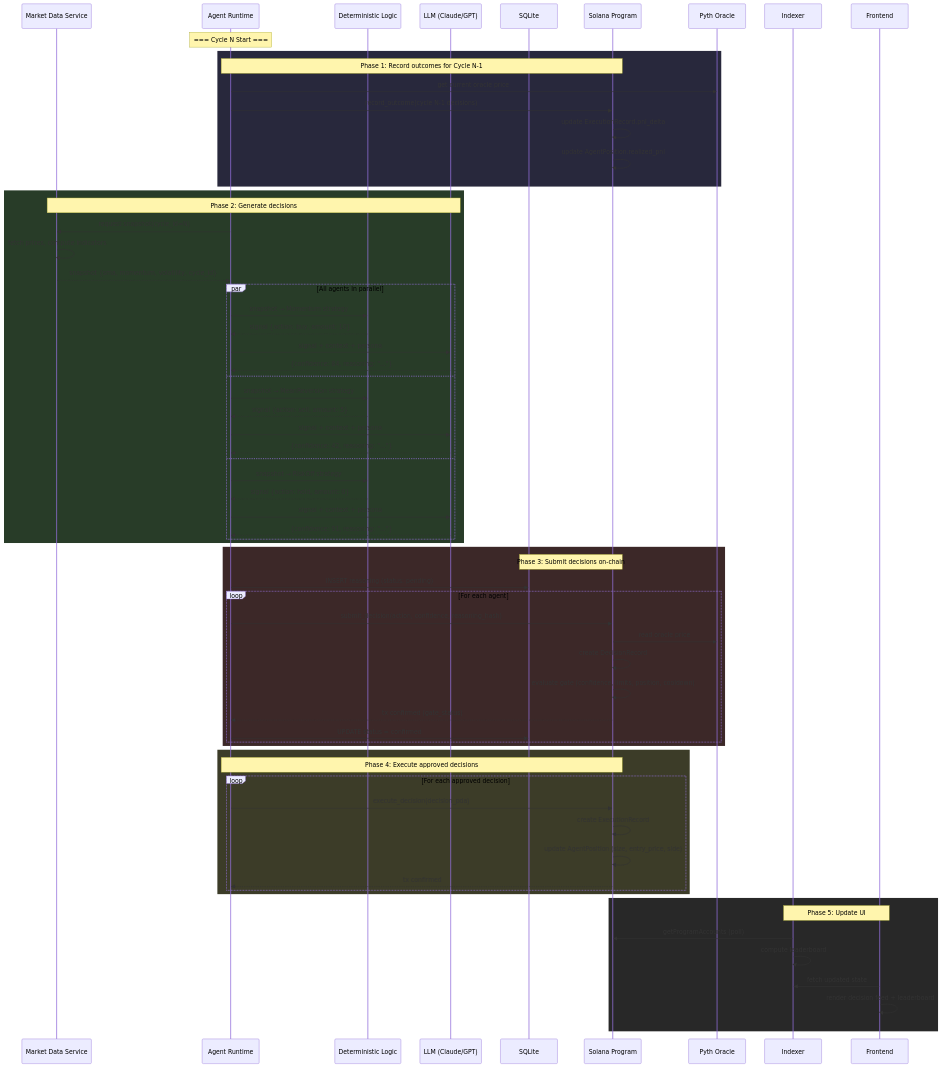
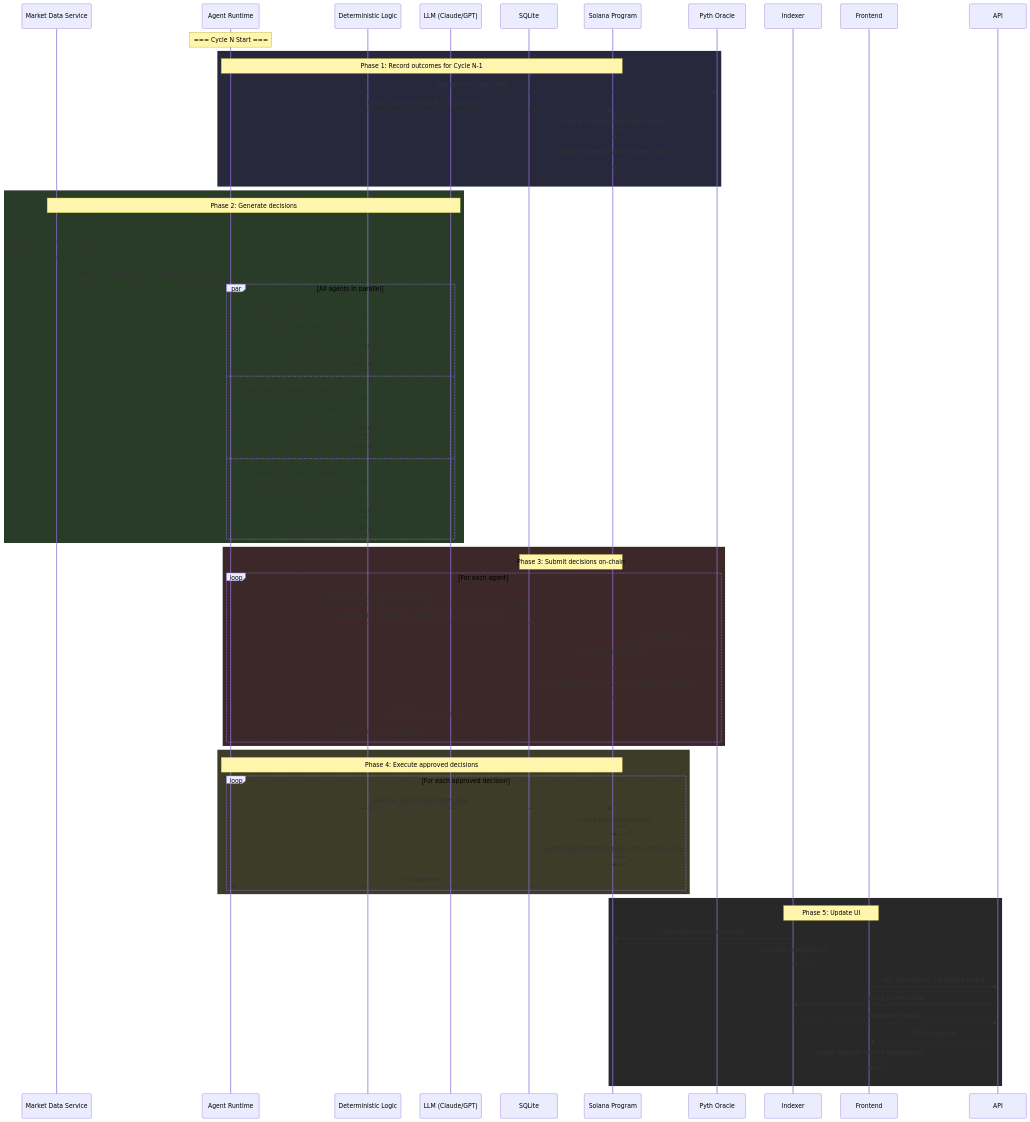
One commit to akyl0221/solana-hackaton-ai-arena changed the second of 7 diagrams in ARCHITECTURE_VISUAL.md. Above: the diagram before and after it, drawn with Mermaid. The commit also changed 26 other files, not shown here.

````diff
--- a/ARCHITECTURE_VISUAL.md
+++ b/ARCHITECTURE_VISUAL.md
@@ -70,78 +70,81 @@
 ```mermaid
 sequenceDiagram
     participant MDS as Market Data Service
     participant RT as Agent Runtime
     participant DET as Deterministic Logic
     participant LLM as LLM (Claude/GPT)
     participant DB as SQLite
     participant SOL as Solana Program
     participant PYTH as Pyth Oracle
     participant IDX as Indexer
     participant UI as Frontend
 
     Note over RT: === Cycle N Start ===
 
     rect rgb(40, 40, 60)
         Note over RT,SOL: Phase 1: Record outcomes for Cycle N-1
         RT->>PYTH: get current oracle price
         RT->>SOL: record_outcome(cycle N-1 decisions)
         SOL->>SOL: update ExecutionRecord.pnl_delta
         SOL->>SOL: update AgentPosition.realized_pnl
     end
 
     rect rgb(40, 60, 40)
         Note over MDS,LLM: Phase 2: Generate decisions
         RT->>MDS: request snapshot(cycle_id=N)
         MDS->>MDS: fetch prices, compute indicators
         MDS-->>RT: snapshot {sma, momentum, volatility, cycle_id}
 
         par All agents in parallel
             RT->>DET: snapshot → Momentum strategy
             DET-->>RT: signal {action: buy, amount: 10}
             RT->>LLM: signal + context + persona
             LLM-->>RT: {confidence: 84, reasoning: "..."}
         and
             RT->>DET: snapshot → MeanReversion strategy
             DET-->>RT: signal {action: sell, amount: 5}
             RT->>LLM: signal + context + persona
             LLM-->>RT: {confidence: 42, reasoning: "..."}
         and
             RT->>DET: snapshot → RiskOff strategy
             DET-->>RT: signal {action: hold, amount: 0}
             RT->>LLM: signal + context + persona
             LLM-->>RT: {confidence: 91, reasoning: "..."}
         end
     end
 
     rect rgb(60, 40, 40)
         Note over DB,SOL: Phase 3: Submit decisions on-chain
-        RT->>DB: INSERT reasoning (status: pending)
 
         loop For each agent
+            RT->>DB: INSERT reasoning (status: pending)
             RT->>SOL: submit_decision(action, confidence, reasoning_hash)
             SOL->>PYTH: read oracle price
             SOL->>SOL: create DecisionRecord
             SOL->>SOL: evaluate gate (confidence, limits, position, cooldown)
             SOL-->>RT: tx confirmed (gate_status)
             RT->>DB: UPDATE status = confirmed
         end
     end
 
     rect rgb(60, 60, 40)
         Note over RT,SOL: Phase 4: Execute approved decisions
         loop For each approved decision
             RT->>SOL: execute_decision(decision_pda)
             SOL->>SOL: create ExecutionRecord
             SOL->>SOL: update AgentPosition (size, entry_price, side)
             SOL-->>RT: tx confirmed
         end
     end
 
     rect rgb(40, 40, 40)
         Note over IDX,UI: Phase 5: Update UI
         IDX->>SOL: getProgramAccounts (poll)
         IDX->>IDX: compute leaderboard
-        UI->>IDX: fetch updated state
+        UI->>API: GET /api/agents, /api/leaderboard
+        API->>IDX: query indexed data
+        IDX-->>API: formatted results
+        API-->>UI: JSON response
         UI->>UI: render decision feed + leaderboard
     end
 ```
````
